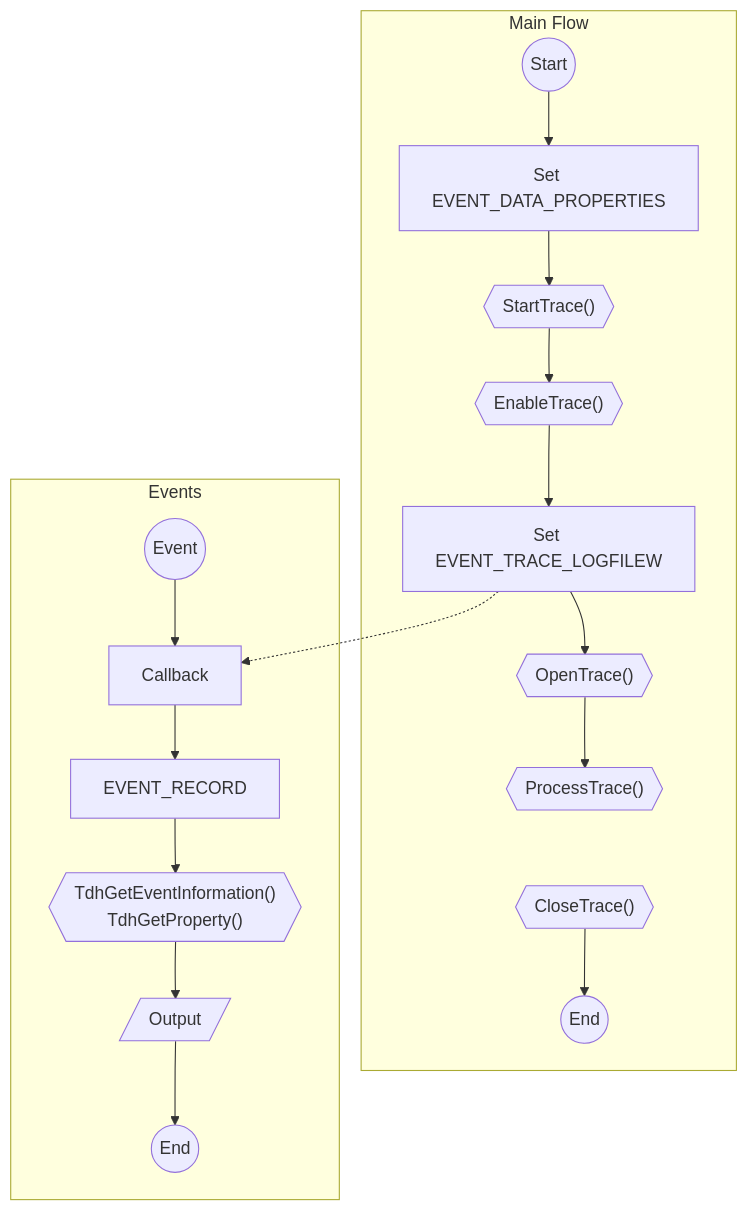
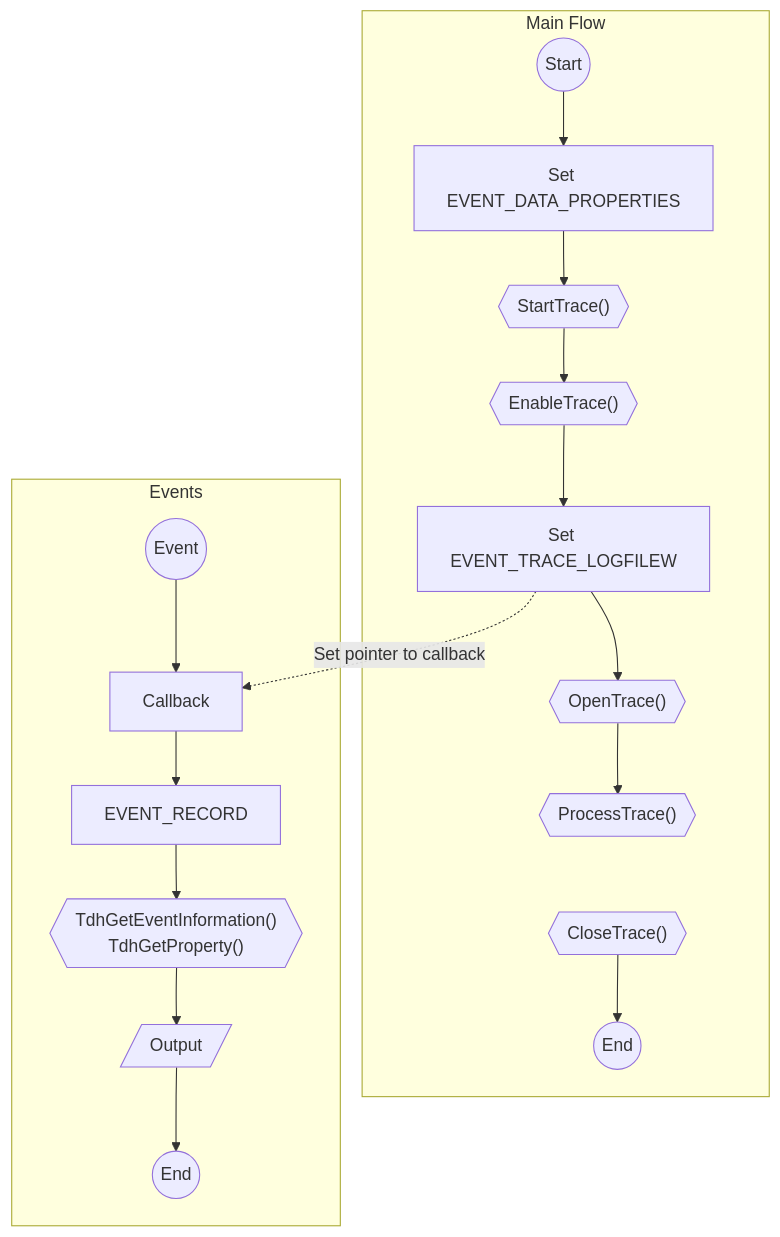
Before and after one commit to gtworek/PSBits: the diagram in ETW/README.md, drawn with Mermaid.

````diff
--- a/ETW/README.md
+++ b/ETW/README.md
@@ -1,22 +1,22 @@
 ```mermaid
 flowchart TD
-    MD1-.->ECB
+    MD1-.->|Set pointer to callback|ECB
     subgraph Main Flow
     M1((Start))-->MB["Set EVENT_DATA_PROPERTIES"]
     MB-->MC{{"StartTrace()"}}
     MC-->MD{{"EnableTrace()"}}
     MD-->MD1["Set EVENT_TRACE_LOGFILEW"]
     MD1-->MD2{{"OpenTrace()"}}
     MD2-->MD3{{"ProcessTrace()"}}
     MD3~~~MD4{{"CloseTrace()"}}
     MD4-->ME((End))
     end
     subgraph Events
     E((Event))-->ECB[Callback]
     ECB-->E3[EVENT_RECORD]
     E3-->E4{{"TdhGetEventInformation()
     TdhGetProperty()"}}
     E4-->E5[/Output/]
     E5-->E6((End))
     end
 ```
````
